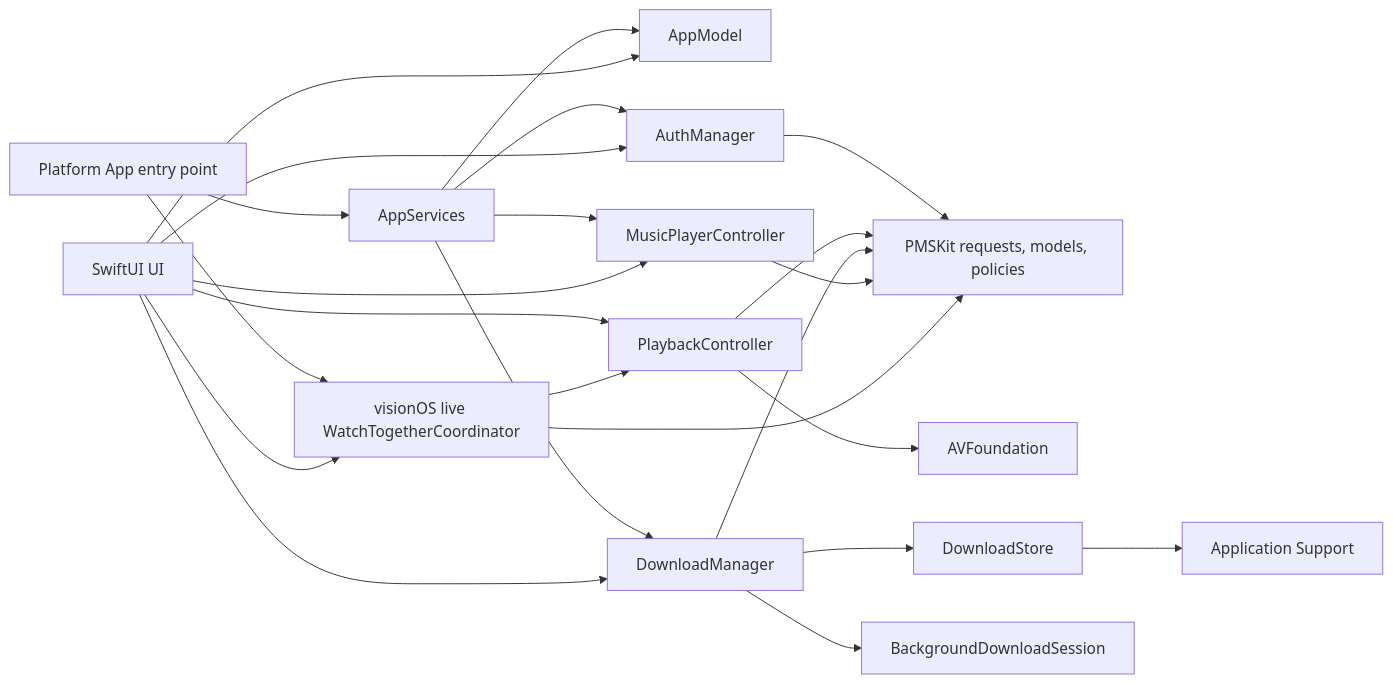
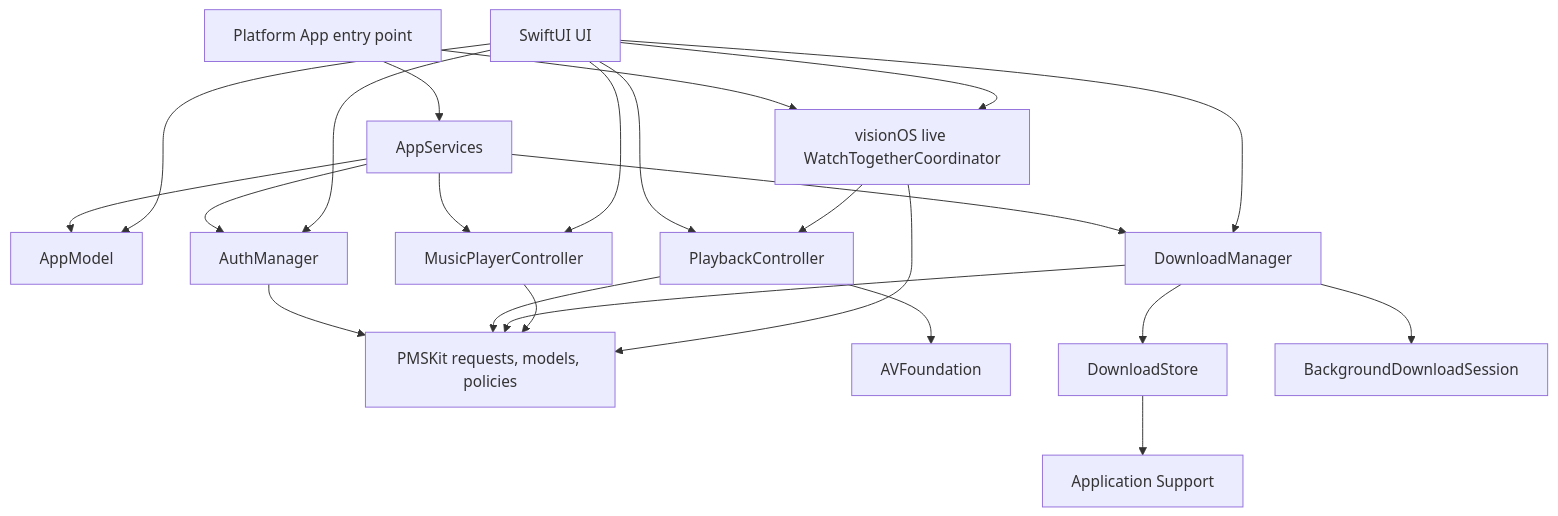
The diagram in docs/ARCHITECTURE.md (jlipworth/Labstream), drawn with Mermaid before and after one commit. The commit also changed other lines of this file and 44 other files, not shown here.

````diff
--- a/docs/ARCHITECTURE.md
+++ b/docs/ARCHITECTURE.md
@@ -9,28 +9,30 @@
 ```mermaid
-flowchart LR
+flowchart TD
+  accTitle: App and package composition
+  accDescr: Platform entry points create long-lived app services used by SwiftUI. App-owned playback, downloads, music, and SharePlay use PMSKit policies and requests while retaining their own framework and persistence effects.
   Entry[Platform App entry point] --> Services[AppServices]
   Services --> Model[AppModel]
   Services --> Auth[AuthManager]
   Services --> Downloads[DownloadManager]
   Services --> Music[MusicPlayerController]
   Entry --> SharePlay[visionOS live WatchTogetherCoordinator]
 
   UI[SwiftUI UI] --> Model
   UI --> Auth
   UI --> Downloads
   UI --> Music
   UI --> Player[PlaybackController]
   UI --> SharePlay
   SharePlay --> Player
 
   Auth --> PMSKit[PMSKit requests, models, policies]
   Player --> PMSKit
   Downloads --> PMSKit
   Music --> PMSKit
   SharePlay --> PMSKit
 
   Player --> AV[AVFoundation]
   Downloads --> Store[DownloadStore]
   Downloads --> BG[BackgroundDownloadSession]
   Store --> Files[Application Support]
 ```
````
